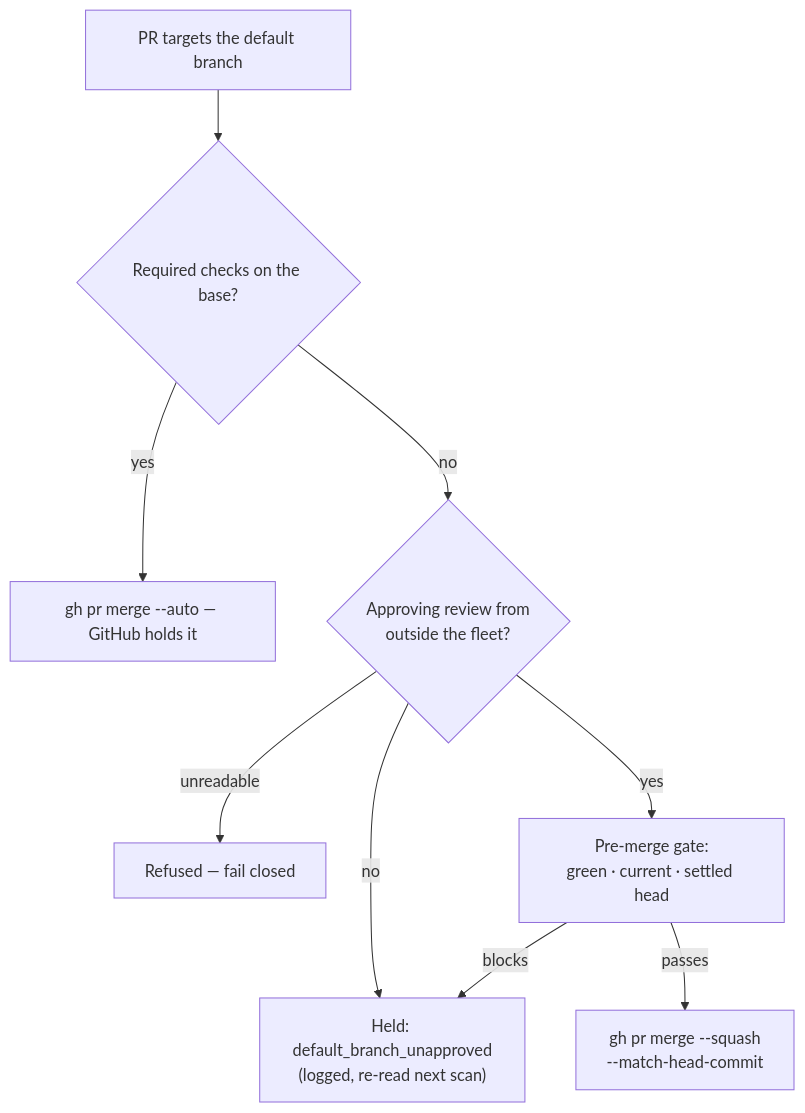
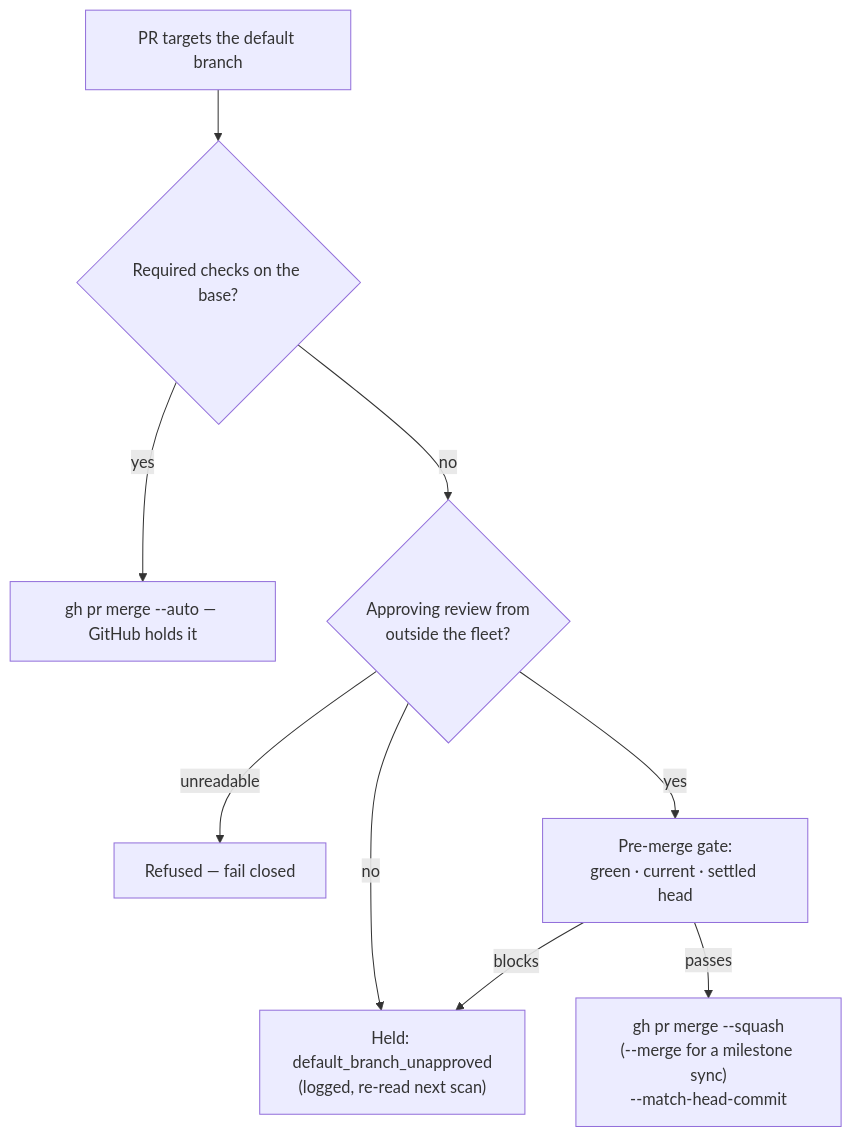
One commit to stSoftwareAU/VibeCoder changed the fourth of 7 diagrams in docs/MERGE.md. Above: the diagram before and after it, drawn with Mermaid. The commit also changed other lines of this file and 14 other files, not shown here.

````diff
--- a/docs/MERGE.md
+++ b/docs/MERGE.md
@@ -303,11 +305,11 @@
 ```mermaid
 flowchart TD
     A[PR targets the default branch] --> B{Required checks on the base?}
     B -- yes --> C["gh pr merge --auto — GitHub holds it"]
     B -- no --> D{Approving review from<br/>outside the fleet?}
     D -- no --> E["Held: default_branch_unapproved<br/>(logged, re-read next scan)"]
     D -- unreadable --> F[Refused — fail closed]
     D -- yes --> G[Pre-merge gate:<br/>green · current · settled head]
-    G -- passes --> H["gh pr merge --squash<br/>--match-head-commit"]
+    G -- passes --> H["gh pr merge --squash<br/>(--merge for a milestone sync)<br/>--match-head-commit"]
     G -- blocks --> E
 ```
````
